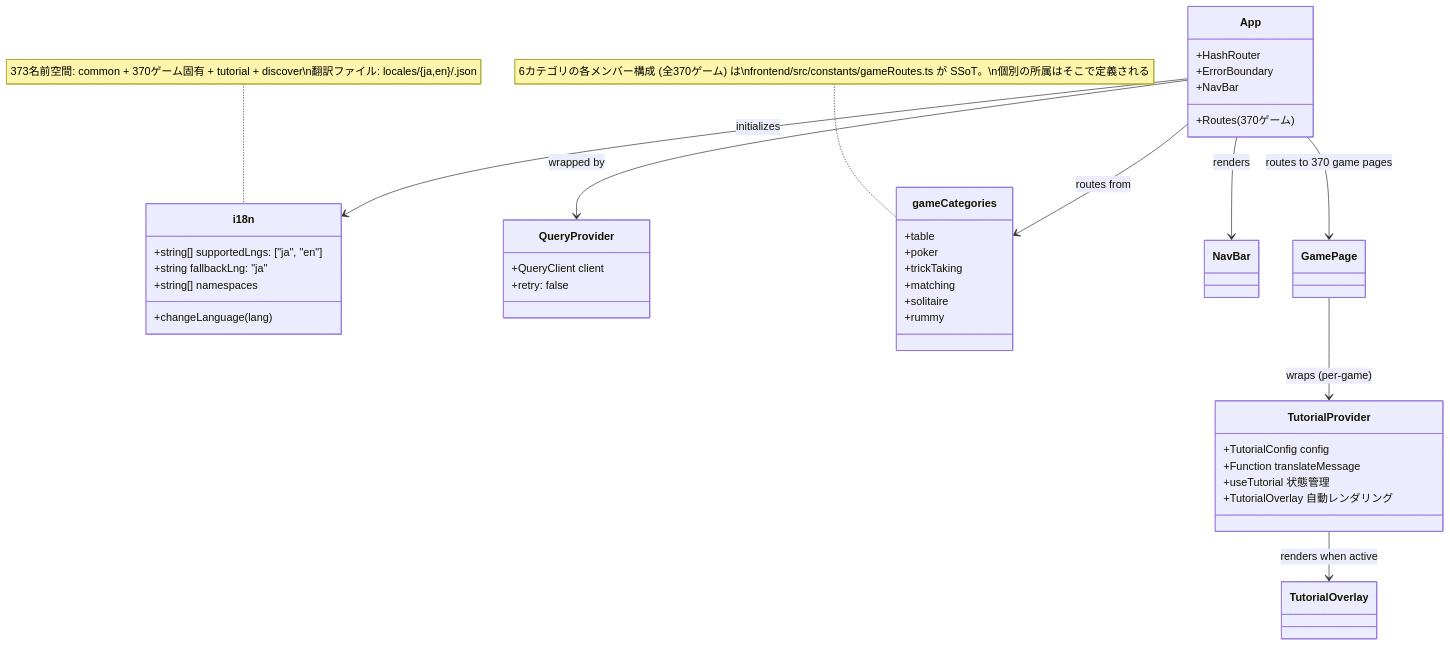
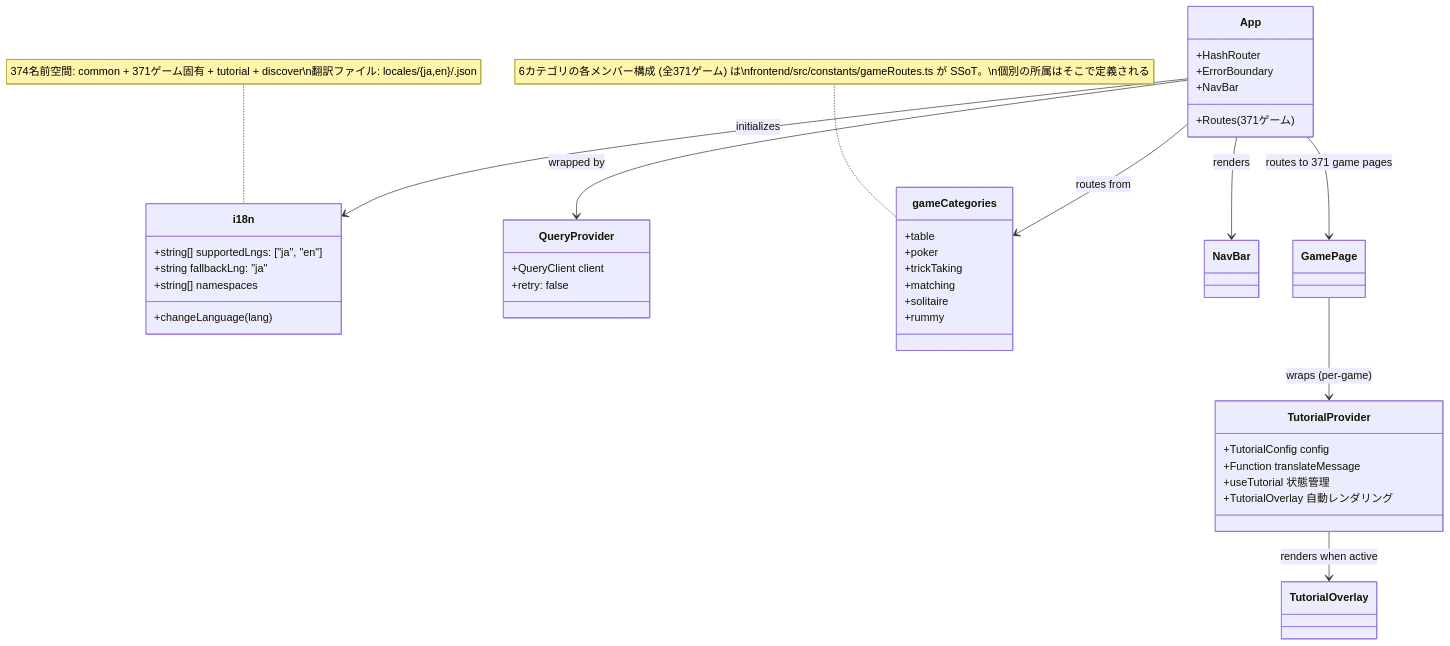
One commit to yuta-yoshinaga/go_trumpcards changed the ninth of 49 diagrams in docs/design/frontend.md. Above: the diagram before and after it, drawn with Mermaid. The commit also changed other lines of this file and 66 other files, not shown here.

````diff
--- a/docs/design/frontend.md
+++ b/docs/design/frontend.md
@@ -1874,48 +1874,48 @@
 ```mermaid
 classDiagram
     class i18n {
         +string[] supportedLngs: ["ja", "en"]
         +string fallbackLng: "ja"
         +string[] namespaces
         +changeLanguage(lang)
     }
 
     class QueryProvider {
         +QueryClient client
         +retry: false
     }
 
     class App {
         +HashRouter
         +ErrorBoundary
         +NavBar
-        +Routes (370ゲーム)
+        +Routes (371ゲーム)
     }
 
     class gameCategories {
         +table
         +poker
         +trickTaking
         +matching
         +solitaire
         +rummy
     }
-    note for gameCategories "6カテゴリの各メンバー構成 (全370ゲーム) は\nfrontend/src/constants/gameRoutes.ts が SSoT。\n個別の所属はそこで定義される"
+    note for gameCategories "6カテゴリの各メンバー構成 (全371ゲーム) は\nfrontend/src/constants/gameRoutes.ts が SSoT。\n個別の所属はそこで定義される"
 
     class TutorialProvider {
         +TutorialConfig config
         +Function translateMessage
         +useTutorial 状態管理
         +TutorialOverlay 自動レンダリング
     }
 
     App --> QueryProvider : wrapped by
     App --> i18n : initializes
     App --> gameCategories : routes from
     App --> NavBar : renders
-    App --> GamePage : routes to 370 game pages
+    App --> GamePage : routes to 371 game pages
     GamePage --> TutorialProvider : wraps (per-game)
     TutorialProvider --> TutorialOverlay : renders when active
 
-    note for i18n "373名前空間: common + 370ゲーム固有 + tutorial + discover\n翻訳ファイル: locales/{ja,en}/<game>.json"
+    note for i18n "374名前空間: common + 371ゲーム固有 + tutorial + discover\n翻訳ファイル: locales/{ja,en}/<game>.json"
 ```
````
